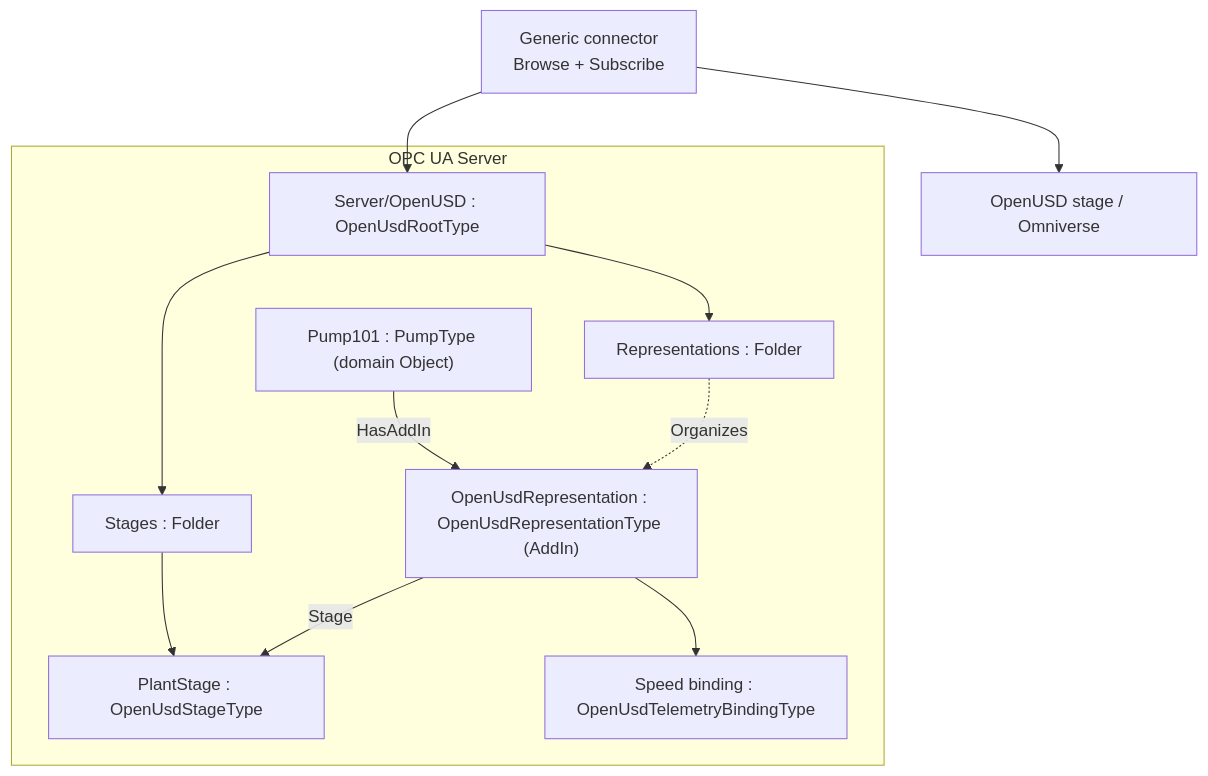
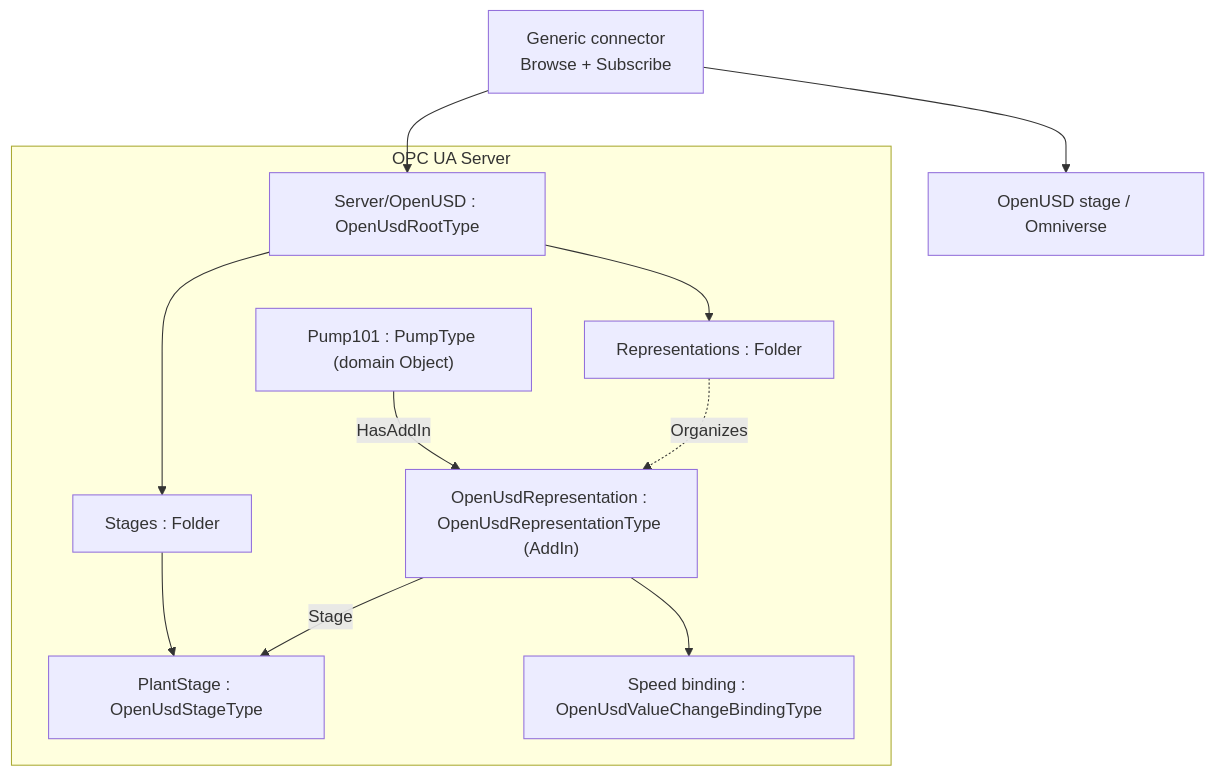
The first of 3 diagrams in core-specs/openusd-binding/OPC-UA-OpenUSD-Bindings.md (marcschier/opcua-drafts), drawn with Mermaid before and after one commit. The commit also changed other lines of this file and 9 other files, not shown here.

First line of the commit message:
OpenUSD Bindings: rename ValueChange binding + command M members (PR #14 review)

````diff
--- a/core-specs/openusd-binding/OPC-UA-OpenUSD-Bindings.md
+++ b/core-specs/openusd-binding/OPC-UA-OpenUSD-Bindings.md
@@ -124,20 +124,20 @@
 ```mermaid
 flowchart TD
   subgraph Server["OPC UA Server"]
     OU["Server/OpenUSD : OpenUsdRootType"]
     ST["Stages : Folder"]
     RP["Representations : Folder"]
     STG["PlantStage : OpenUsdStageType"]
     OBJ["Pump101 : PumpType (domain Object)"]
     REP["OpenUsdRepresentation : OpenUsdRepresentationType (AddIn)"]
-    BND["Speed binding : OpenUsdTelemetryBindingType"]
+    BND["Speed binding : OpenUsdValueChangeBindingType"]
     OU --> ST --> STG
     OU --> RP
     OBJ -->|HasAddIn| REP
     RP -.Organizes.-> REP
     REP --> BND
     REP -->|Stage| STG
   end
   CONN["Generic connector<br/>Browse + Subscribe"] --> OU
   CONN --> USD["OpenUSD stage / Omniverse"]
 ```
````
